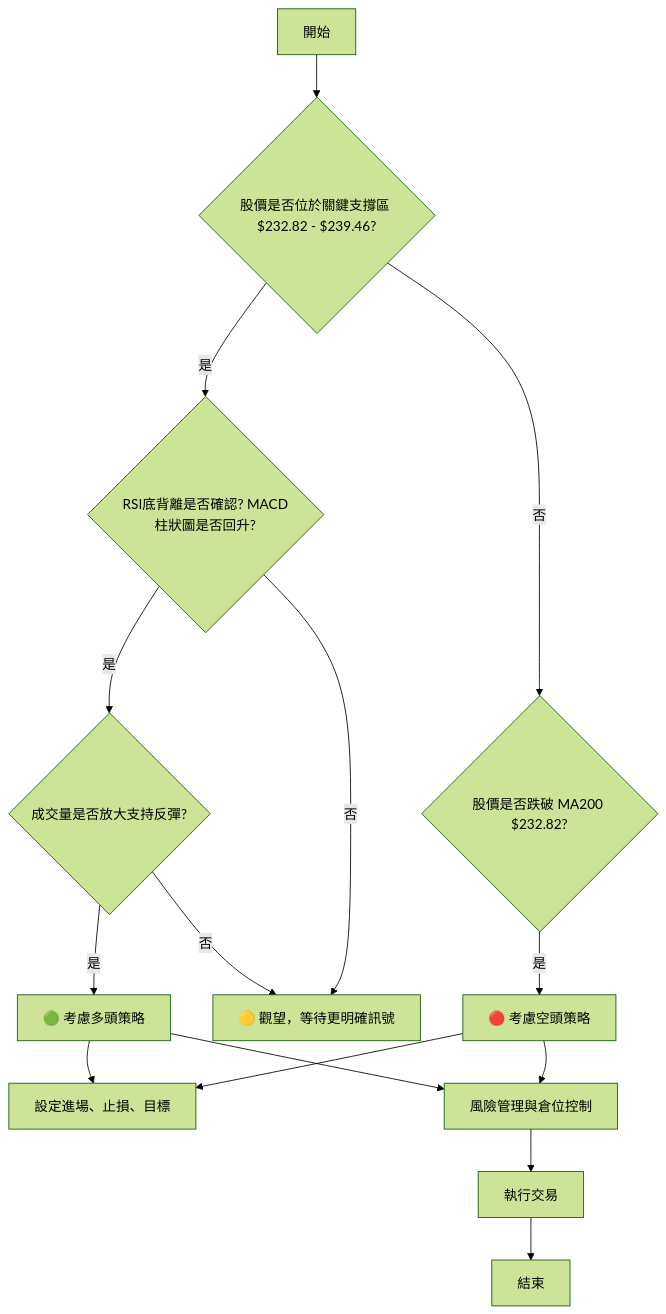
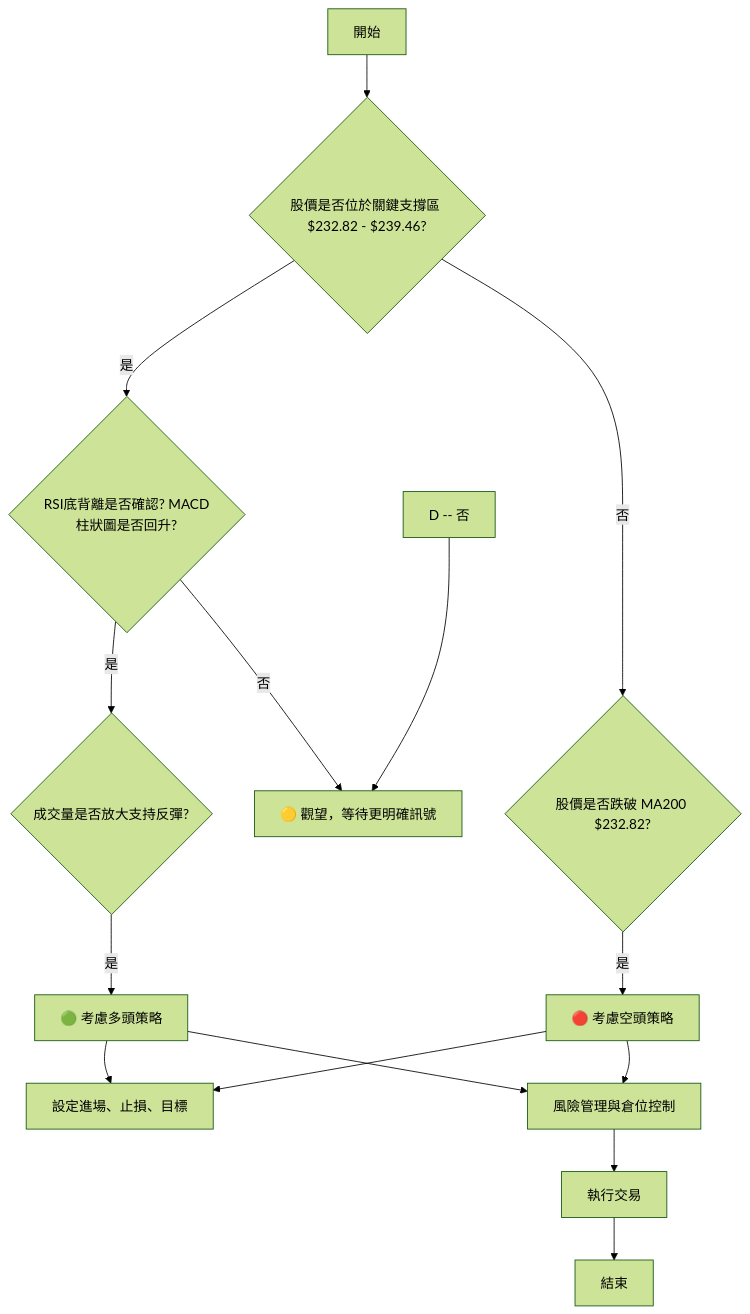
The ninth of 10 diagrams in ai_gen_report/stock/amzn/technical_analysis_2026-06-29_gemini.md (yennanliu/finance_data), drawn with Mermaid (forest theme) before and after one commit. The commit also changed other lines of this file and 2258 other files, not shown here.

First line of the commit message:
chore: backfill Mermaid syntax repair across existing reports

````diff
--- a/ai_gen_report/stock/amzn/technical_analysis_2026-06-29_gemini.md
+++ b/ai_gen_report/stock/amzn/technical_analysis_2026-06-29_gemini.md
@@ -652,20 +652,20 @@
 ```mermaid
 graph TD
-    A[開始] --> B{股價是否位於關鍵支撐區 $232.82 - $239.46?}
-    B -- 是 --> C{RSI底背離是否確認? MACD柱狀圖是否回升?}
-    C -- 是 --> D{成交量是否放大支持反彈?}
-    D -- 是 --> E[🟢 考慮多頭策略]
-    E --> F[設定進場、止損、目標]
-    E --> G[風險管理與倉位控制]
-    G --> H[執行交易]
+    A["開始"] --> B{"股價是否位於關鍵支撐區 $232.82 - $239.46?"}
+    B -- 是 --> C{"RSI底背離是否確認? MACD柱狀圖是否回升?"}
+    C -- 是 --> D{"成交量是否放大支持反彈?"}
+    D -- 是 --> E["🟢 考慮多頭策略"]
+    E --> F["設定進場、止損、目標"]
+    E --> G["風險管理與倉位控制"]
+    G --> H["執行交易"]
 
-    B -- 否 --> I{股價是否跌破 MA200 $232.82?}
-    I -- 是 --> J[🔴 考慮空頭策略]
+    B -- 否 --> I{"股價是否跌破 MA200 $232.82?"}
+    I -- 是 --> J["🔴 考慮空頭策略"]
     J --> F
     J --> G
 
-    C -- 否 --> K[🟡 觀望，等待更明確訊號]
-    D -- 否 --> K
+    C -- 否 --> K["🟡 觀望，等待更明確訊號"]
+    nb1["D -- 否"] --> K
 
-    H --> L[結束]
+    H --> L["結束"]
 ```
````
